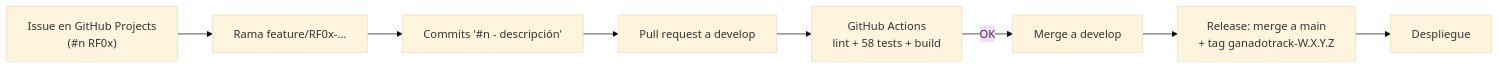
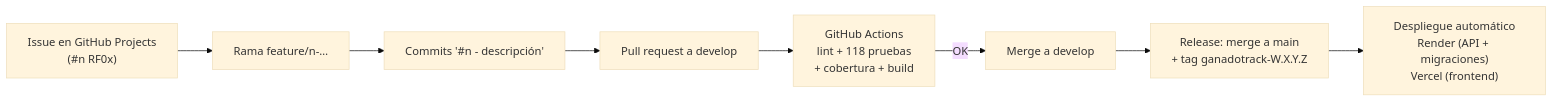
Before and after one commit to mateogit114730/ganadotrack: the fourth of 5 diagrams in docs/entrega2/15-arquitectura-y-herramientas.md, drawn with Mermaid (base theme). The commit also changed other lines of this file and 16 other files, not shown here.

Commit message:
#15 - Documentación de la versión final: RF09–RF14, CU15–CU22, modelo de datos, arquitectura y despliegue, API, pruebas CP-45–85, manuales, cronograma, seguimiento, resultados y README

````diff
--- a/docs/entrega2/15-arquitectura-y-herramientas.md
+++ b/docs/entrega2/15-arquitectura-y-herramientas.md
@@ -229,10 +323,10 @@
 ```mermaid
 flowchart LR
-  I["Issue en GitHub Projects<br/>(#n RF0x)"] --> B["Rama feature/RF0x-…"]
+  I["Issue en GitHub Projects<br/>(#n RF0x)"] --> B["Rama feature/n-…"]
   B --> C["Commits '#n - descripción'"]
   C --> PR["Pull request a develop"]
-  PR --> CI["GitHub Actions<br/>lint + 58 tests + build"]
+  PR --> CI["GitHub Actions<br/>lint + 118 pruebas<br/>+ cobertura + build"]
   CI -->|OK| M["Merge a develop"]
   M --> R["Release: merge a main<br/>+ tag ganadotrack-W.X.Y.Z"]
-  R --> D["Despliegue"]
+  R --> D["Despliegue automático<br/>Render (API + migraciones)<br/>Vercel (frontend)"]
 ```
````
